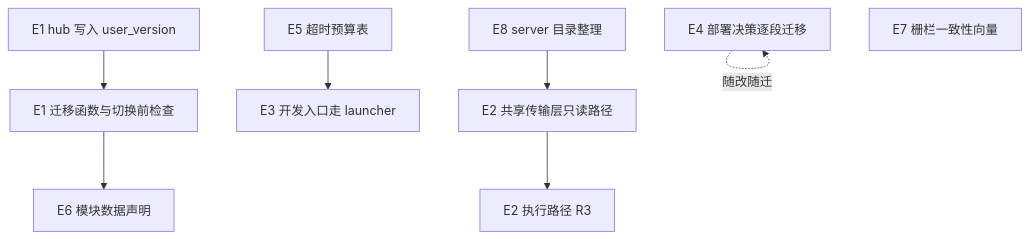
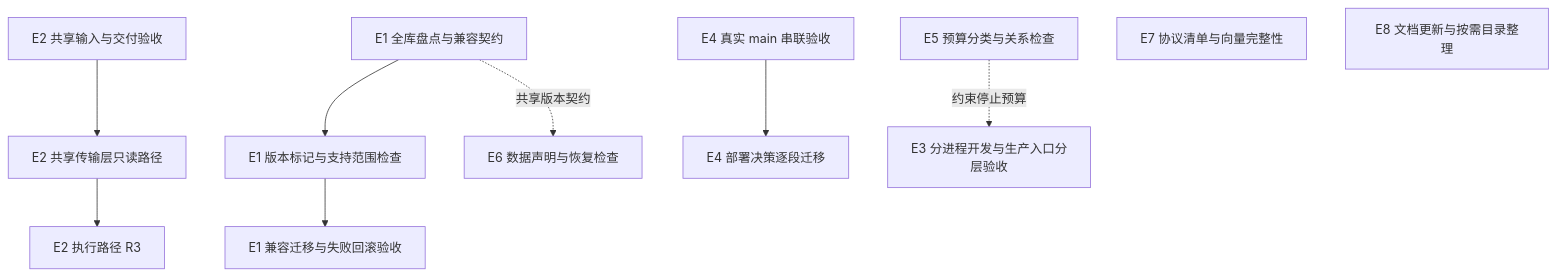
One commit to hxx344/project-aggregation changed the diagram in docs/architecture-evolution-draft-2026-11-03.md. Above: the diagram before and after it, drawn with Mermaid. The commit also changed other lines of this file, not shown here.

````diff
--- a/docs/architecture-evolution-draft-2026-11-03.md
+++ b/docs/architecture-evolution-draft-2026-11-03.md
@@ -143,10 +162,12 @@
 ```mermaid
 flowchart TD
-  E1a[E1 hub 写入 user_version] --> E1b[E1 迁移函数与切换前检查]
-  E1b --> E6[E6 模块数据声明]
-  E5[E5 超时预算表] --> E3[E3 开发入口走 launcher]
-  E8a[E8 server 目录整理] --> E2a[E2 共享传输层只读路径]
+  E1a[E1 全库盘点与兼容契约] --> E1b[E1 版本标记与支持范围检查]
+  E1b --> E1c[E1 兼容迁移与失败回滚验收]
+  E2i[E2 共享输入与交付验收] --> E2a[E2 共享传输层只读路径]
   E2a --> E2b[E2 执行路径 R3]
-  E4[E4 部署决策逐段迁移] -.随改随迁.-> E4
-  E7[E7 栅栏一致性向量]
+  E4a[E4 真实 main 串联验收] --> E4b[E4 部署决策逐段迁移]
+  E5[E5 预算分类与关系检查] -.约束停止预算.-> E3[E3 分进程开发与生产入口分层验收]
+  E1a -.共享版本契约.-> E6[E6 数据声明与恢复检查]
+  E7[E7 协议清单与向量完整性]
+  E8[E8 文档更新与按需目录整理]
 ```
````
